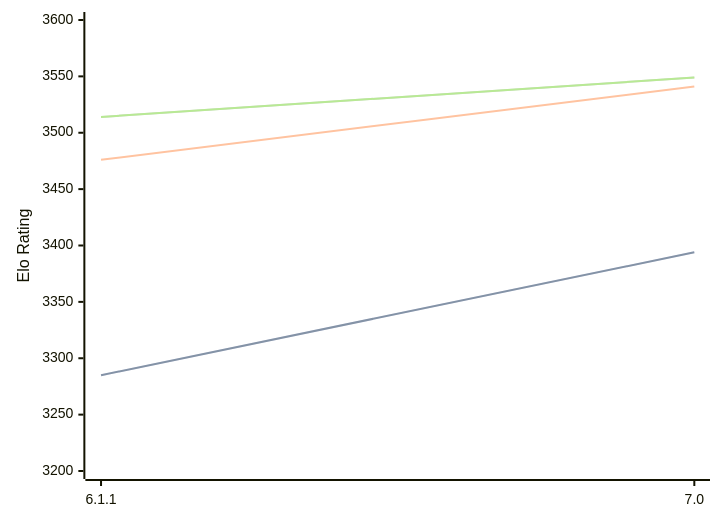
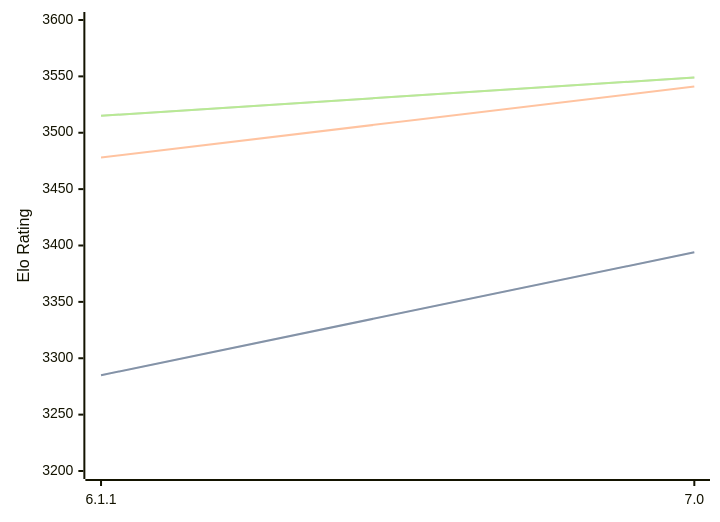
Before and after one commit to computer-chess-index/cci: the diagram in engines/Astra.md, drawn with Mermaid. The commit also changed other lines of this file, not shown here.

Commit message:
Update CCI Ratings (ELO VLTC) - 2026-09-06

````diff
--- a/engines/Astra.md
+++ b/engines/Astra.md
@@ -32,11 +32,11 @@
 ```mermaid
 %%{init: {"theme":"base","themeVariables":{"seriesColors:['#a3a3a3','#222221','#faa371']}}}%%
 xychart-beta
   x-axis ["6.1.1", "7.0"]
   y-axis "Elo Rating" 3200 --> 3600
   line "" [3285, 3394]
   line "STC (8.0+0.08s)" [3285, 3394]
-  line "LTC (60.0+0.60s)" [3476, 3541]
-  line "" [3514, 3549]
-  line "VLTC (2m24s+1.12s)" [3514, 3549]
+  line "LTC (60.0+0.60s)" [3478, 3541]
+  line "" [3515, 3549]
+  line "VLTC (2m24s+1.12s)" [3515, 3549]
 ```
````
